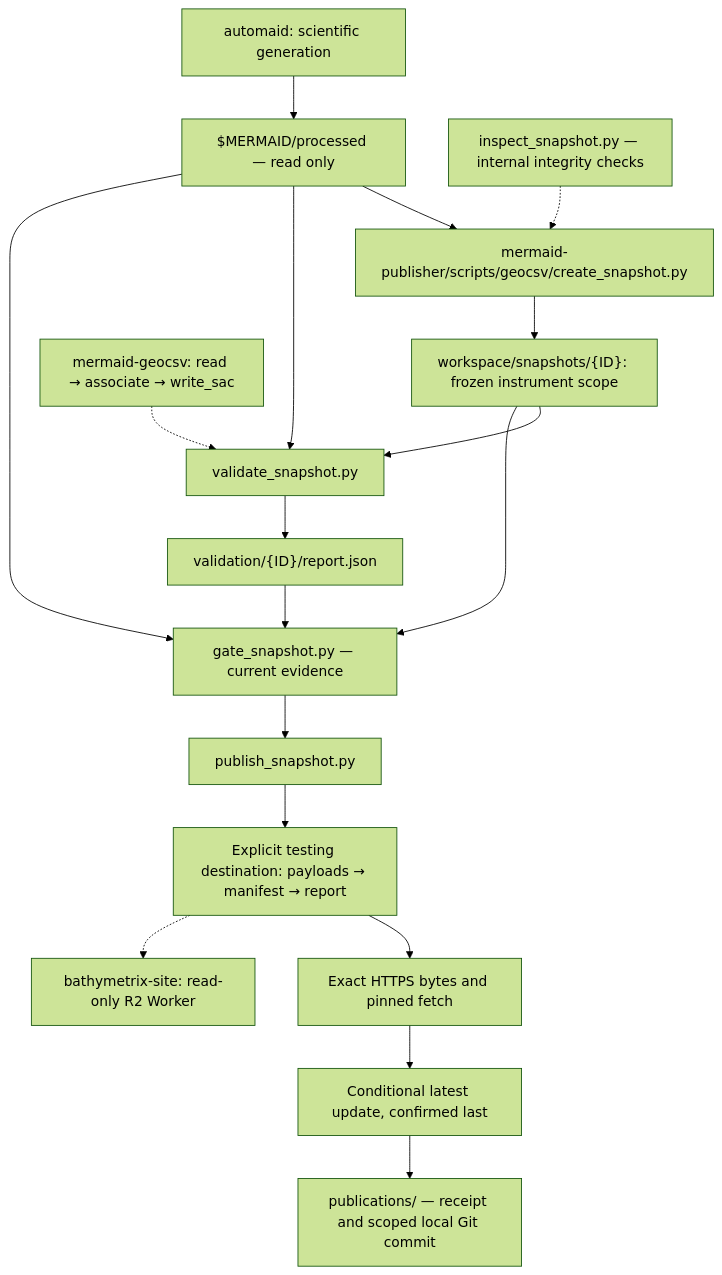
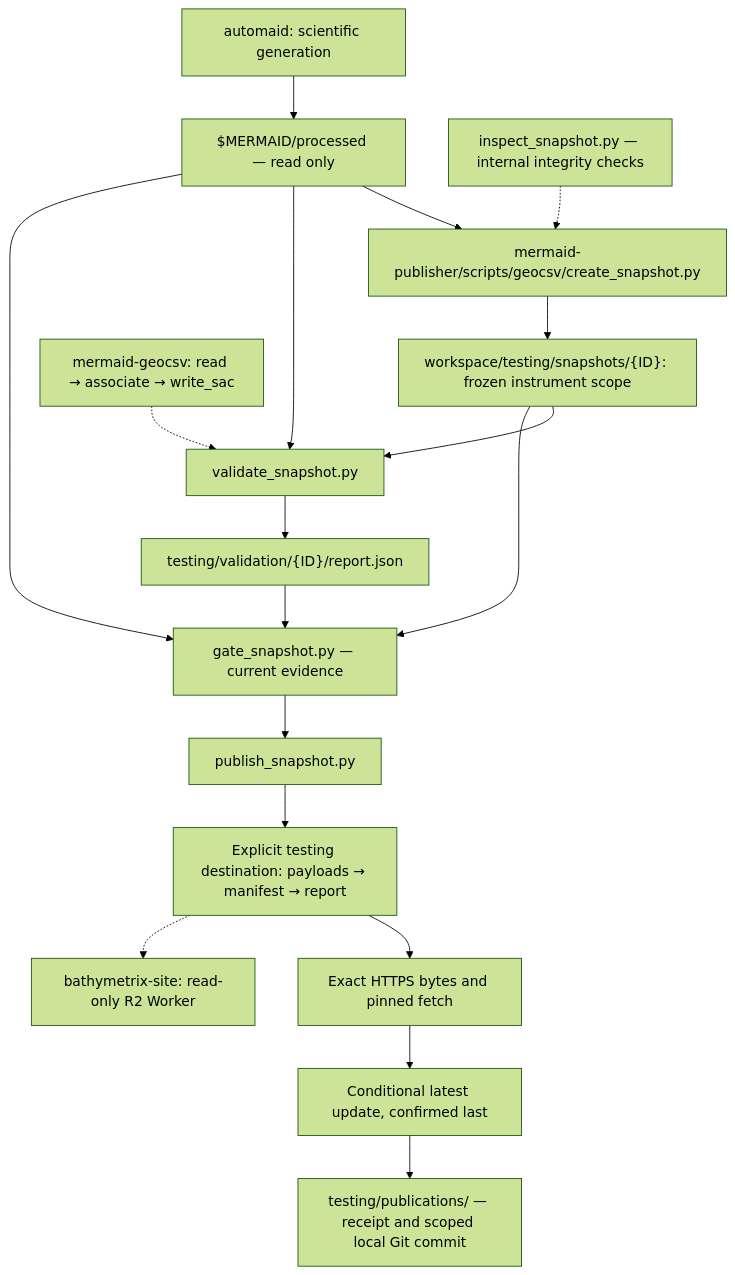
The diagram in docs/geocsv/WORKFLOW.md (Bathymetrix/mermaid-publisher), drawn with Mermaid (forest theme) before and after one commit. The commit also changed other lines of this file and 11 other files, not shown here.

Commit message:
geocsv: isolate local testing artifacts

````diff
--- a/docs/geocsv/WORKFLOW.md
+++ b/docs/geocsv/WORKFLOW.md
@@ -9,20 +9,20 @@
 ```mermaid
 flowchart TB
     upstream["automaid: scientific generation"] --> source["$MERMAID/processed — read only"]
     source --> create["mermaid-publisher/scripts/geocsv/create_snapshot.py"]
     inspect["inspect_snapshot.py — internal integrity checks"] -.-> create
-    create --> snapshot["workspace/snapshots/{ID}: frozen instrument scope"]
+    create --> snapshot["workspace/testing/snapshots/{ID}: frozen instrument scope"]
     snapshot --> validate["validate_snapshot.py"]
     source --> validate
     api["mermaid-geocsv: read → associate → write_sac"] -.-> validate
-    validate --> report["validation/{ID}/report.json"]
+    validate --> report["testing/validation/{ID}/report.json"]
     report --> gate["gate_snapshot.py — current evidence"]
     snapshot --> gate
     source --> gate
     gate --> publish["publish_snapshot.py"]
     publish --> objects["Explicit testing destination: payloads → manifest → report"]
     objects --> checks["Exact HTTPS bytes and pinned fetch"]
     checks --> latest["Conditional latest update, confirmed last"]
-    latest --> receipt["publications/ — receipt and scoped local Git commit"]
+    latest --> receipt["testing/publications/ — receipt and scoped local Git commit"]
     objects -.-> host["bathymetrix-site: read-only R2 Worker"]
 ```
````
